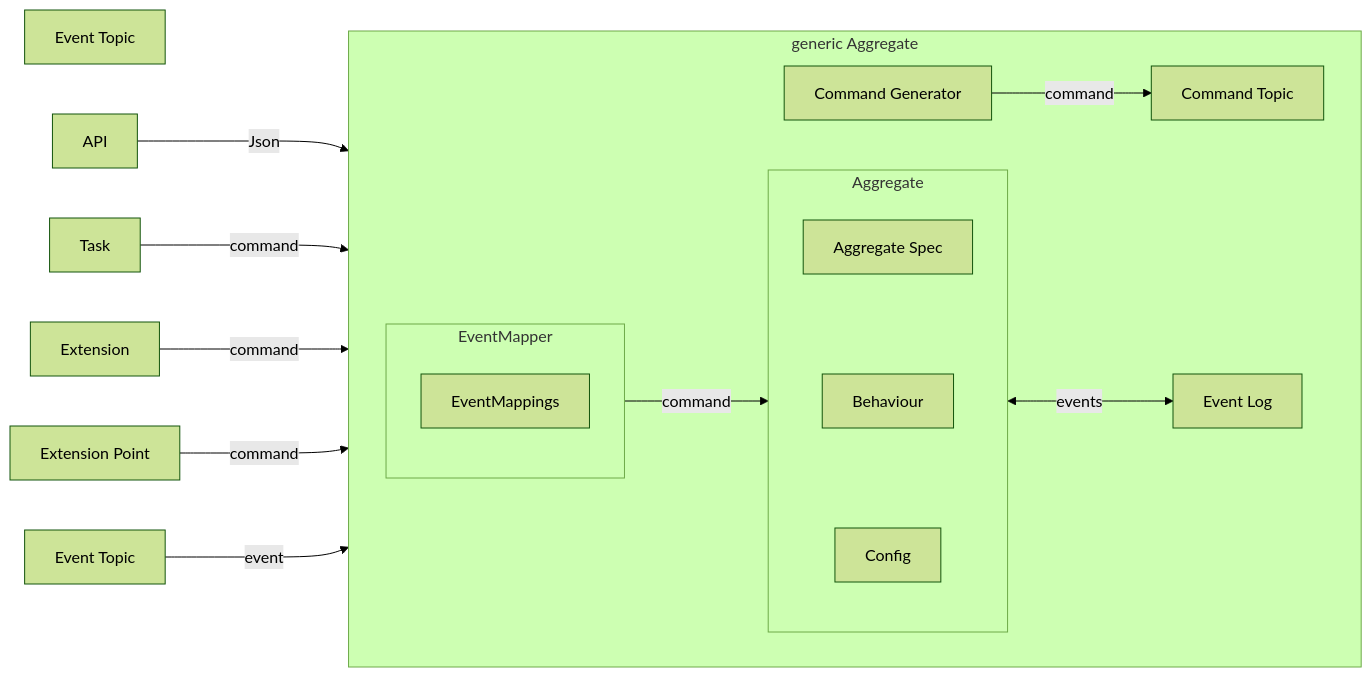
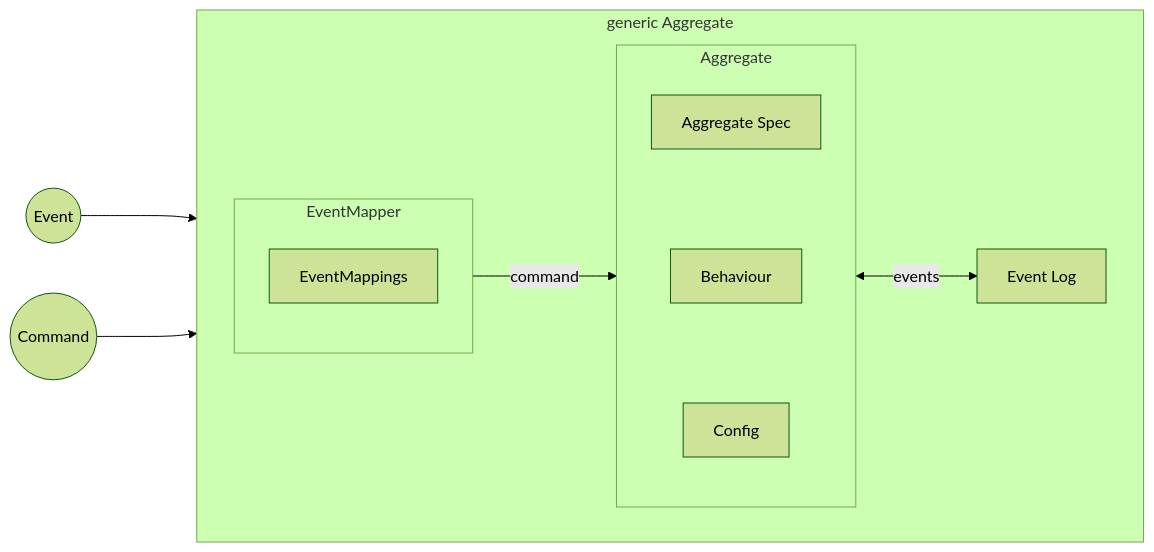
One commit to ReventlessDev/reventless-core changed the first of 3 diagrams in packages/doc/docs/reventless-components/aggregate.md. Above: the diagram before and after it, drawn with Mermaid (forest theme). The commit also changed other lines of this file, not shown here.

First line of the commit message:
doc: simplify aggregate diagrams

````diff
--- a/packages/doc/docs/reventless-components/aggregate.md
+++ b/packages/doc/docs/reventless-components/aggregate.md
@@ -25,43 +25,35 @@
 ```mermaid
 flowchart LR
-CmdT[Command Topic]
 EvtL[Event Log]
-EvtT[Event Topic]
-EvtT2[Event Topic]
 EventMapper[Event Mapper]
-Api[API]
-CmdG[Command Generator]
-Task[Task]
-Ext[Extension]
-ExtP[Extension Point]
 
-Api --->|Json| CmdG
-Task --->|command| CmdT
-Ext --->|command| CmdT
-ExtP --->|command| CmdT
-EvtT2 --->|event| EventMapper
+Cmd((Command))
+Evt((Event))
+
+Evt ---> EventMapper
+Cmd ---> Params
 
 subgraph generic Aggregate
   direction LR
 
-  CmdG -->|command| CmdT
+
 
   subgraph Params [Aggregate]
       direction TB
       Spec[Aggregate Spec]
       Behaviour[Behaviour]
       Config[Config]
 
       Spec ~~~ Behaviour
       Behaviour ~~~ Config
   end
 
   subgraph EventMapper
     direction TB
     EventMappings
   end
 
   EventMapper -->|command| Params
   Params <-->|events| EvtL
 end
 ```
````
